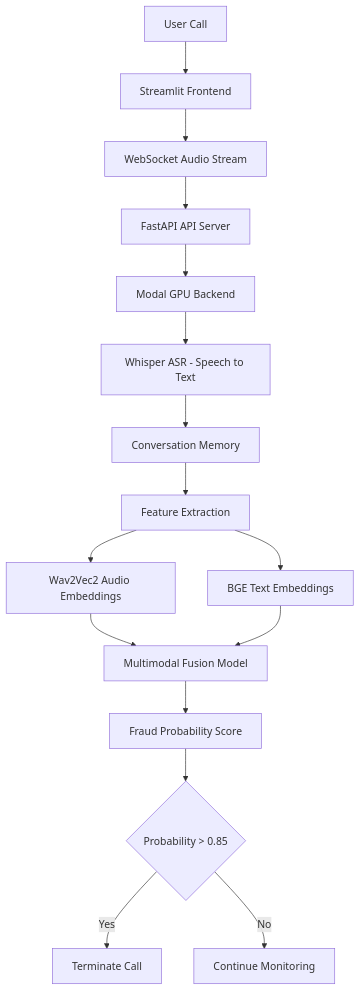
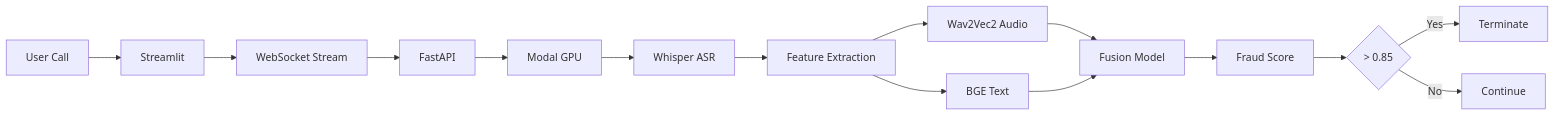
The diagram in README.md (AkhlaqurRahmanSabby/Multimodal-Fraud-Detection-System), drawn with Mermaid before and after one commit.

Commit message:
Revise system architecture diagram for clarity

````diff
--- a/README.md
+++ b/README.md
@@ -55,26 +55,23 @@
 ```mermaid
-flowchart TD
-    A[User Call] --> B[Streamlit Frontend]
-    B --> C[WebSocket Audio Stream]
-    C --> D[FastAPI API Server]
-    D --> E[Modal GPU Backend]
+flowchart LR
+    A[User Call] --> B[Streamlit]
+    B --> C[WebSocket Stream]
+    C --> D[FastAPI]
+    D --> E[Modal GPU]
 
-    E --> F[Whisper ASR - Speech to Text]
+    E --> F[Whisper ASR]
 
-    F --> G[Conversation Memory]
+    F --> G[Feature Extraction]
 
-    G --> H[Feature Extraction]
+    G --> H[Wav2Vec2 Audio]
+    G --> I[BGE Text]
 
-    H --> I[Wav2Vec2 Audio Embeddings]
-    H --> J[BGE Text Embeddings]
+    H --> J[Fusion Model]
+    I --> J
 
-    I --> K[Multimodal Fusion Model]
-    J --> K
+    J --> K[Fraud Score]
 
-    K --> L[Fraud Probability Score]
-
-    L --> M{Probability > 0.85}
-
-    M -->|Yes| N[Terminate Call]
-    M -->|No| O[Continue Monitoring]
+    K --> L{> 0.85}
+    L -->|Yes| M[Terminate]
+    L -->|No| N[Continue]
 ```
````
